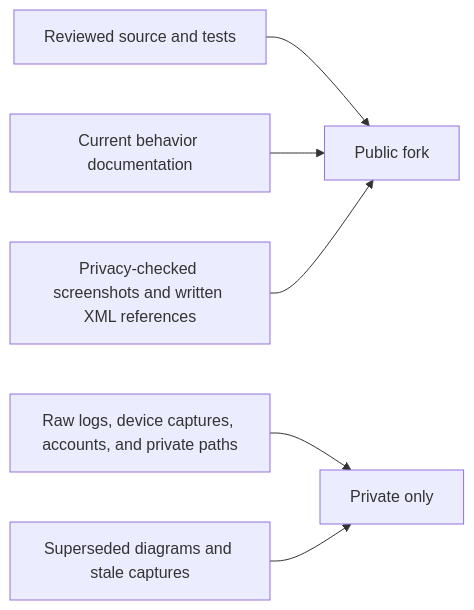
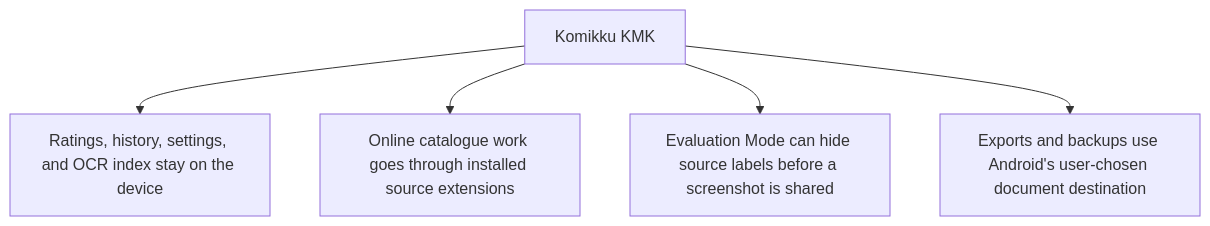
The sixth of 6 diagrams in docs/kmk/architecture.md (FancyCorey/komikku-KMK), drawn with Mermaid before and after one commit. The commit also changed other lines of this file and 4 other files, not shown here.

Commit message:
Simplify public architecture diagrams

````diff
--- a/docs/kmk/architecture.md
+++ b/docs/kmk/architecture.md
@@ -115,8 +106,7 @@
 ```mermaid
-flowchart LR
-    Source["Reviewed source and tests"] --> Public["Public fork"]
-    Docs["Current behavior documentation"] --> Public
-    Safe["Privacy-checked screenshots and written XML references"] --> Public
-    Raw["Raw logs, device captures, accounts, and private paths"] --> Hold["Private only"]
-    Stale["Superseded diagrams and stale captures"] --> Hold
+flowchart TD
+    App["Komikku KMK"] --> Local["Ratings, history, settings, and OCR index stay on the device"]
+    App --> Sources["Online catalogue work goes through installed source extensions"]
+    App --> Sharing["Evaluation Mode can hide source labels before a screenshot is shared"]
+    App --> Files["Exports and backups use Android's user-chosen document destination"]
 ```
````
